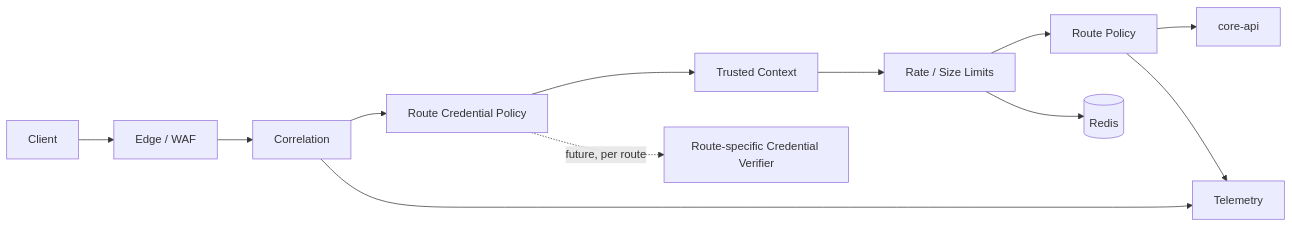
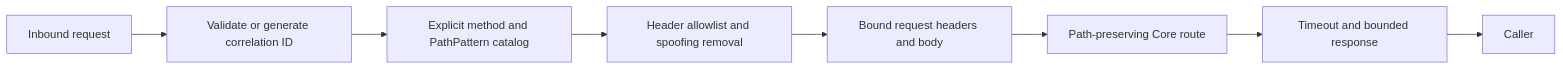
Before and after one commit to hataketed7977/taskpilot: the second of 2 diagrams in services/gateway/docs/architecture.md, drawn with Mermaid. The commit also changed other lines of this file and 129 other files, not shown here.

````diff
--- a/services/gateway/docs/architecture.md
+++ b/services/gateway/docs/architecture.md
@@ -39,20 +75,14 @@
 ```mermaid
 flowchart LR
-    client["Client"]
-    edge["Edge / WAF"]
-    correlation["Correlation"]
-    auth["Route Credential Policy"]
-    tenant["Trusted Context"]
-    limits["Rate / Size Limits"]
-    route["Route Policy"]
-    core["core-api"]
-    credential["Route-specific Credential Verifier"]
-    redis[("Redis")]
-    telemetry["Telemetry"]
+    request["Inbound request"]
+    correlation["Validate or generate correlation ID"]
+    allowlist["Explicit method and PathPattern catalog"]
+    headers["Header allowlist and spoofing removal"]
+    requestLimit["Bound request headers and body"]
+    route["Path-preserving Core route"]
+    responseLimit["Timeout and bounded response"]
+    caller["Caller"]
 
-    client --> edge --> correlation --> auth --> tenant --> limits --> route --> core
-    auth -.->|future, per route| credential
-    limits --> redis
-    correlation --> telemetry
-    route --> telemetry
+    request --> correlation --> allowlist --> headers --> requestLimit --> route
+    route --> responseLimit --> caller
 ```
````
